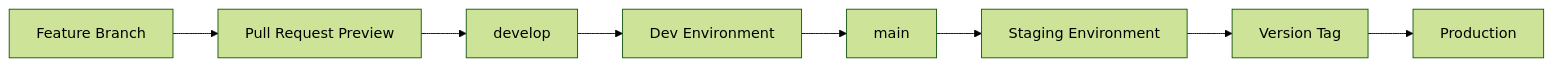
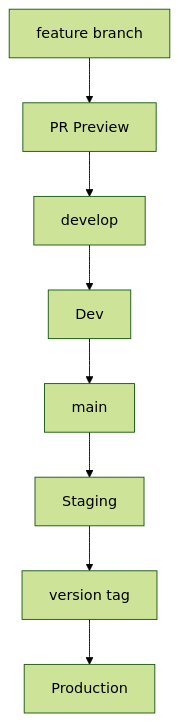
Before and after one commit to HaoweiChan/HaoweiChan.github.io: the first of 2 diagrams in src/content/blog/dev-staging-prod-environments.md, drawn with Mermaid (forest theme). The commit also changed other lines of this file and 7 other files, not shown here.

First line of the commit message:
refactor(blog): narrow every diagram to fit the column, drop a duplicate

````diff
--- a/src/content/blog/dev-staging-prod-environments.md
+++ b/src/content/blog/dev-staging-prod-environments.md
@@ -26,10 +26,10 @@
 ```mermaid
-flowchart LR
-  F["Feature Branch"] --> P["Pull Request Preview"]
+flowchart TD
+  F["feature branch"] --> P["PR Preview"]
   P --> D["develop"]
-  D --> DEV["Dev Environment"]
+  D --> DEV["Dev"]
   DEV --> M["main"]
-  M --> STG["Staging Environment"]
-  STG --> T["Version Tag"]
+  M --> STG["Staging"]
+  STG --> T["version tag"]
   T --> PROD["Production"]
 ```
````
